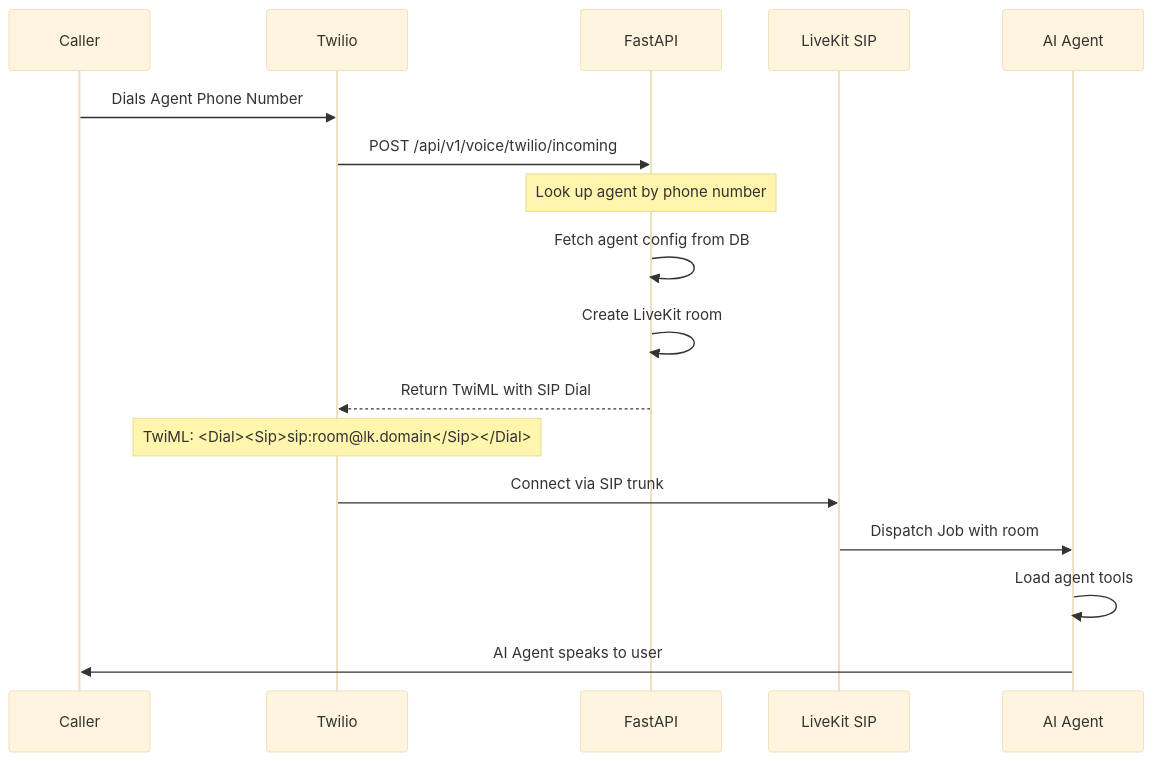
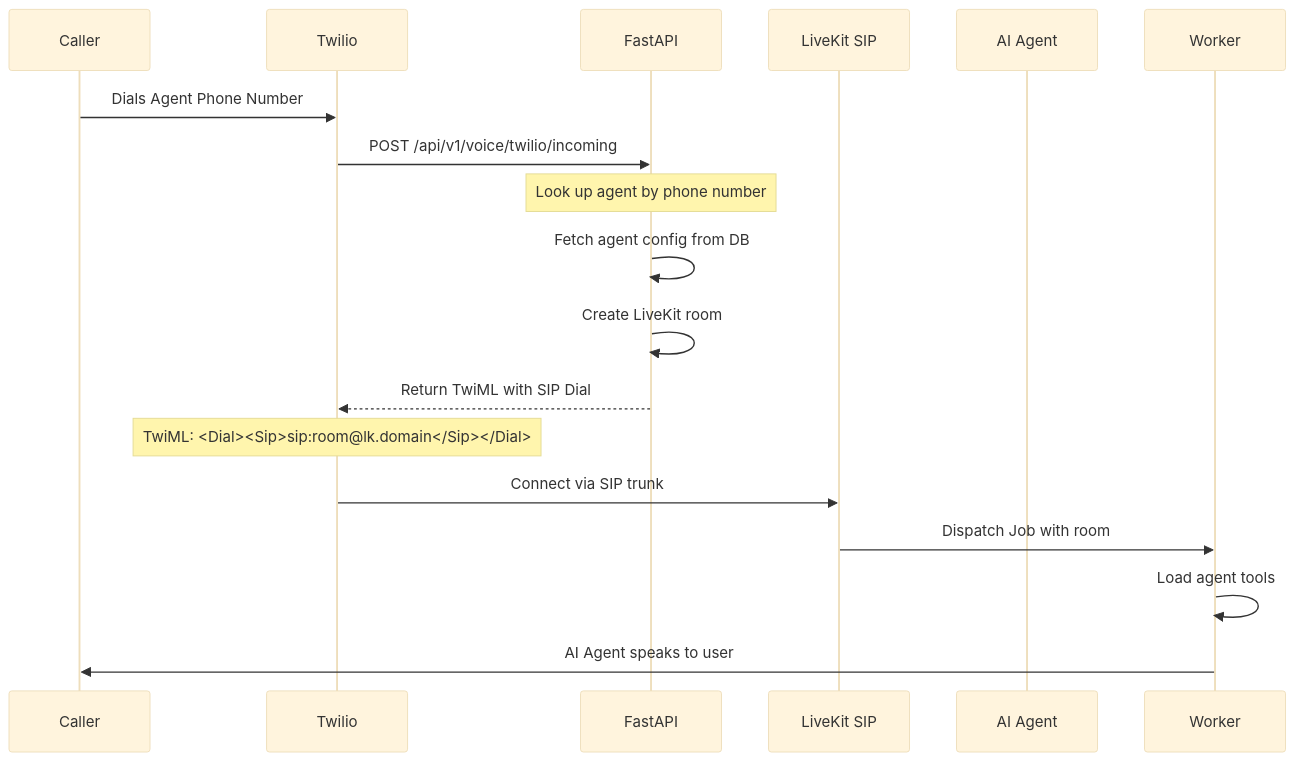
Before and after one commit to gauravdhiman/a1-voice-agent-platform: the second of 9 diagrams in docs/01_architecture/system_architecture.md, drawn with Mermaid (base theme). The commit also changed other lines of this file and 163 other files, not shown here.

Commit message:
feat(voice): remove LiveKit worker; Pipecat voice-ws is the only voice runtime

````diff
--- a/docs/01_architecture/system_architecture.md
+++ b/docs/01_architecture/system_architecture.md
@@ -57,20 +57,20 @@
 ```mermaid
 sequenceDiagram
     participant User as Caller
     participant Twilio as Twilio
     participant Backend as FastAPI
     participant LiveKit as LiveKit SIP
-    participant Worker as AI Agent
+    participant voice-ws as AI Agent
 
     User->>Twilio: Dials Agent Phone Number
     Twilio->>Backend: POST /api/v1/voice/twilio/incoming
     Note over Backend: Look up agent by phone number
     Backend->>Backend: Fetch agent config from DB
     Backend->>Backend: Create LiveKit room
     Backend-->>Twilio: Return TwiML with SIP Dial
     Note over Twilio: TwiML: <Dial><Sip>sip:room@lk.domain</Sip></Dial>
     Twilio->>LiveKit: Connect via SIP trunk
     LiveKit->>Worker: Dispatch Job with room
     Worker->>Worker: Load agent tools
     Worker->>User: AI Agent speaks to user
 ```
````
